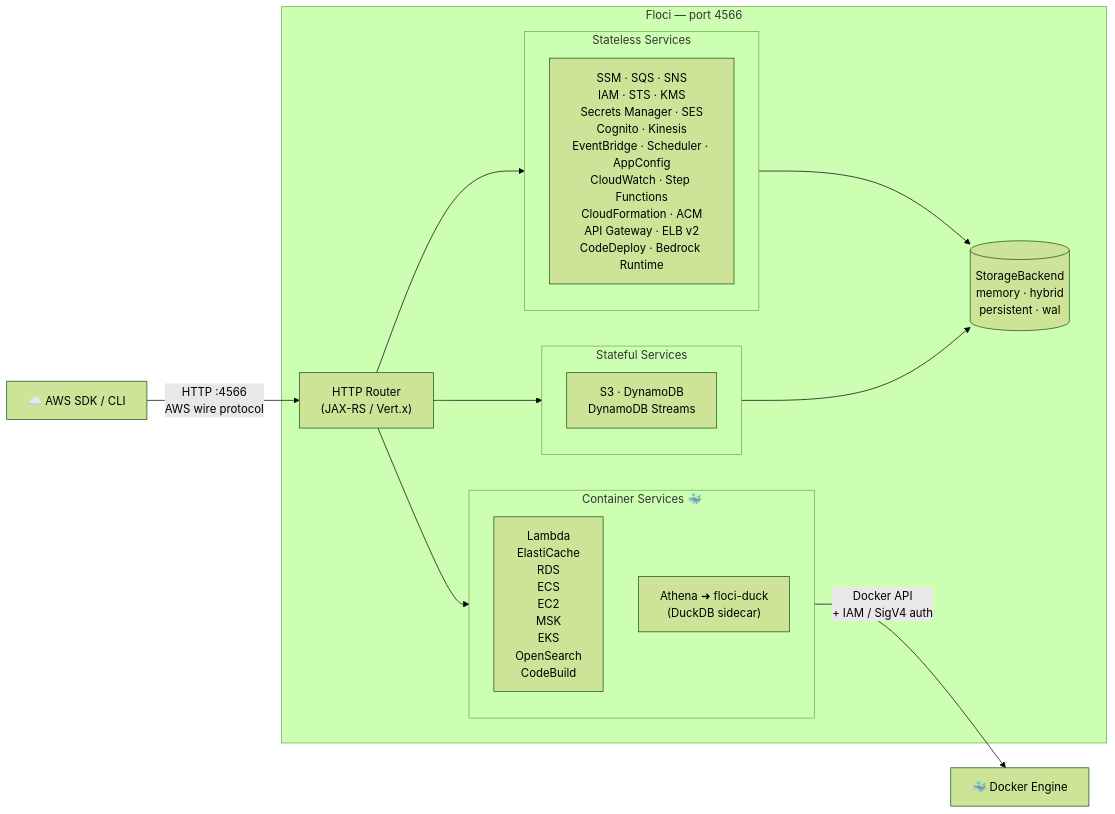
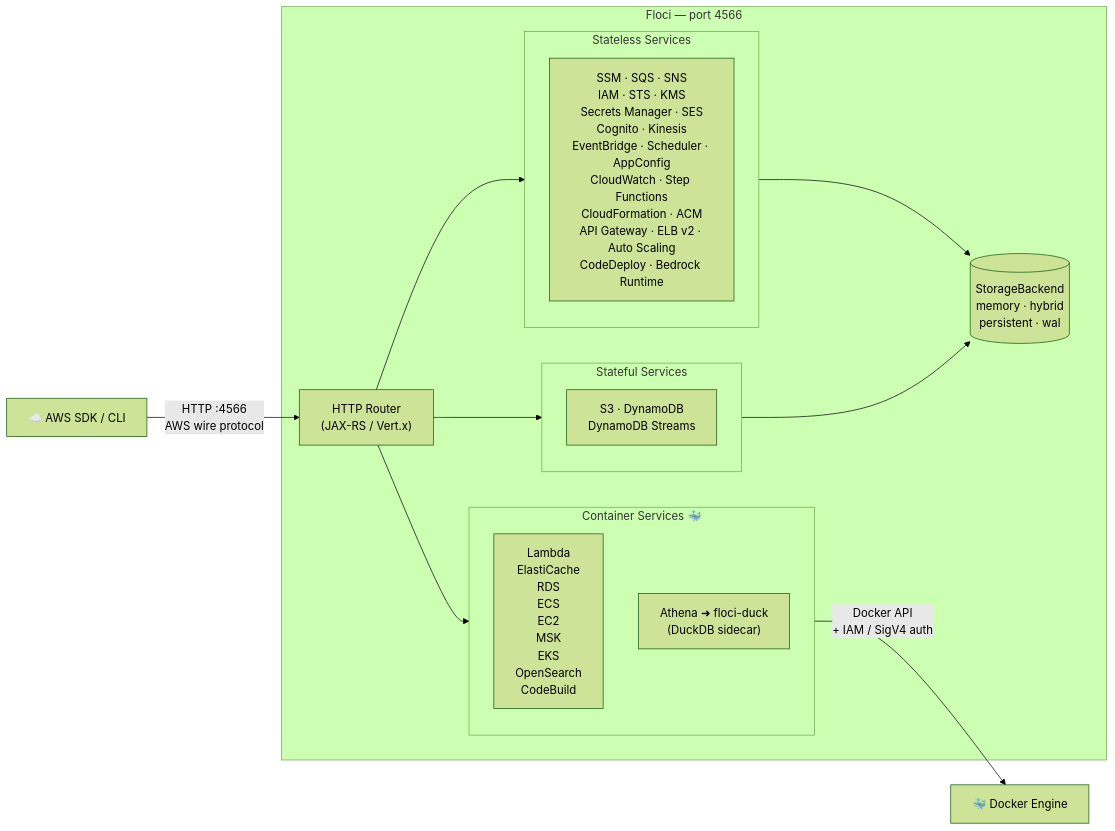
One commit to ryan00x/aws-terraform-ci-validation changed the diagram in README.md. Above: the diagram before and after it, drawn with Mermaid (forest theme). The commit also changed other lines of this file and 19 other files, not shown here.

First line of the commit message:
feat(autoscaling): EC2 Auto Scaling stored-state API + capacity reconciler  (#681)

````diff
--- a/README.md
+++ b/README.md
@@ -80,30 +81,30 @@
 ```mermaid
 flowchart LR
     Client["☁️ AWS SDK / CLI"]
 
     subgraph Floci ["Floci — port 4566"]
         Router["HTTP Router\n(JAX-RS / Vert.x)"]
 
         subgraph Stateless ["Stateless Services"]
-            A["SSM · SQS · SNS\nIAM · STS · KMS\nSecrets Manager · SES\nCognito · Kinesis\nEventBridge · Scheduler · AppConfig\nCloudWatch · Step Functions\nCloudFormation · ACM\nAPI Gateway · ELB v2\nCodeDeploy · Bedrock Runtime"]
+            A["SSM · SQS · SNS\nIAM · STS · KMS\nSecrets Manager · SES\nCognito · Kinesis\nEventBridge · Scheduler · AppConfig\nCloudWatch · Step Functions\nCloudFormation · ACM\nAPI Gateway · ELB v2 · Auto Scaling\nCodeDeploy · Bedrock Runtime"]
         end
 
         subgraph Stateful ["Stateful Services"]
             B["S3 · DynamoDB\nDynamoDB Streams"]
         end
 
         subgraph Containers ["Container Services  🐳"]
             C["Lambda\nElastiCache\nRDS\nECS\nEC2\nMSK\nEKS\nOpenSearch\nCodeBuild"]
             D["Athena ➜ floci-duck\n(DuckDB sidecar)"]
         end
 
         Router --> Stateless
         Router --> Stateful
         Router --> Containers
         Stateless & Stateful --> Store[("StorageBackend\nmemory · hybrid\npersistent · wal")]
     end
 
     Docker["🐳 Docker Engine"]
     Client -->|"HTTP :4566\nAWS wire protocol"| Router
     Containers -->|"Docker API\n+ IAM / SigV4 auth"| Docker
 ```
````
